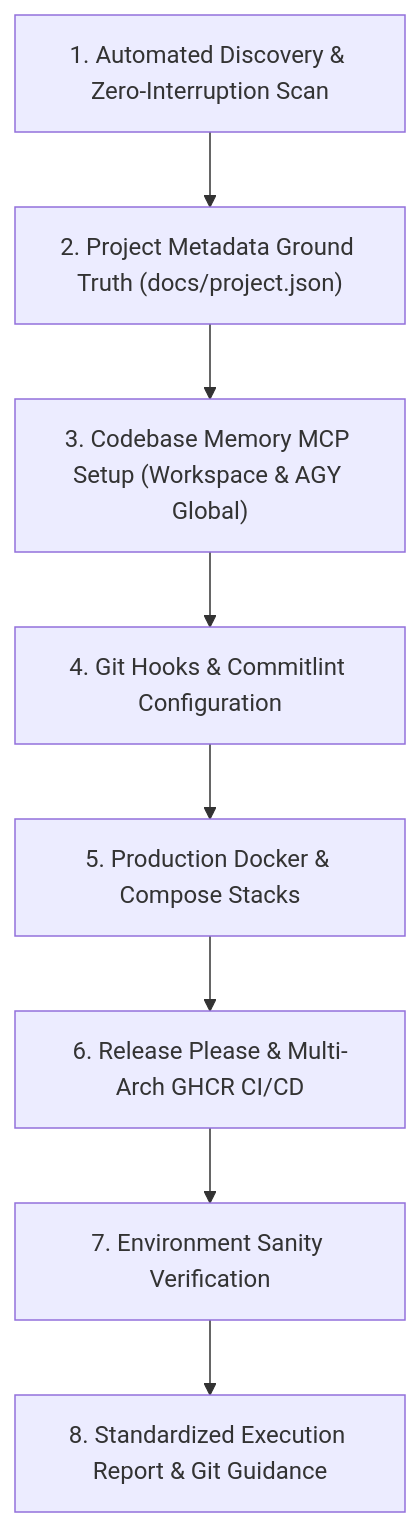
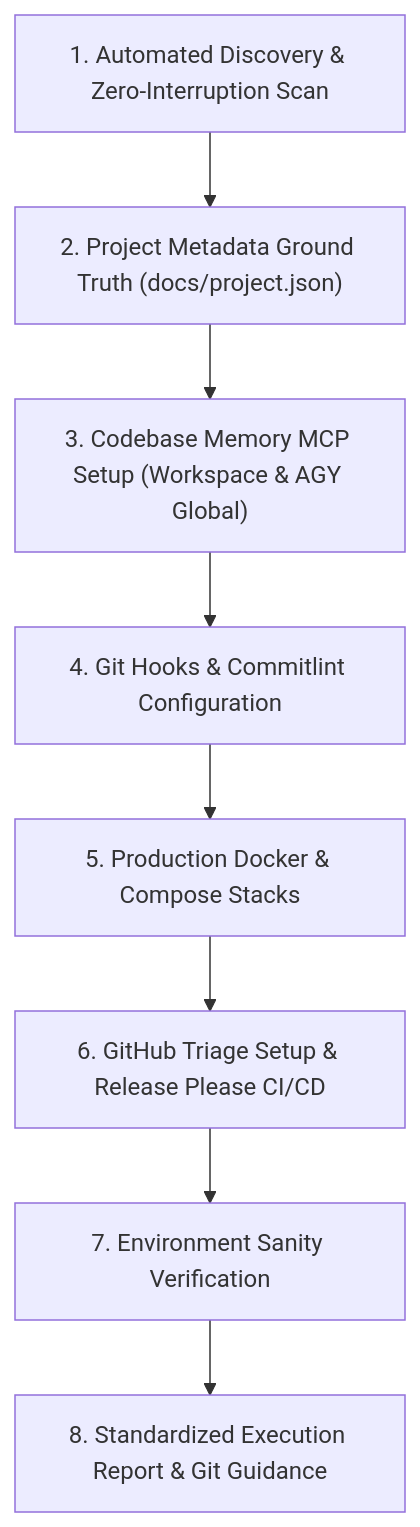
Before and after one commit to BIGboss248/nextjs-wordpress: the diagram in .agents/skills/setup-repository/SKILL.md, drawn with Mermaid. The commit also changed other lines of this file and 21 other files, not shown here.

````diff
--- a/.agents/skills/setup-repository/SKILL.md
+++ b/.agents/skills/setup-repository/SKILL.md
@@ -17,10 +18,10 @@
 ```mermaid
 flowchart TD
     A["1. Automated Discovery & Zero-Interruption Scan"] --> B["2. Project Metadata Ground Truth (docs/project.json)"]
     B --> C["3. Codebase Memory MCP Setup (Workspace & AGY Global)"]
     C --> D["4. Git Hooks & Commitlint Configuration"]
     D --> E["5. Production Docker & Compose Stacks"]
-    E --> F["6. Release Please & Multi-Arch GHCR CI/CD"]
+    E --> F["6. GitHub Triage Setup & Release Please CI/CD"]
     F --> G["7. Environment Sanity Verification"]
     G --> H["8. Standardized Execution Report & Git Guidance"]
 ```
````
